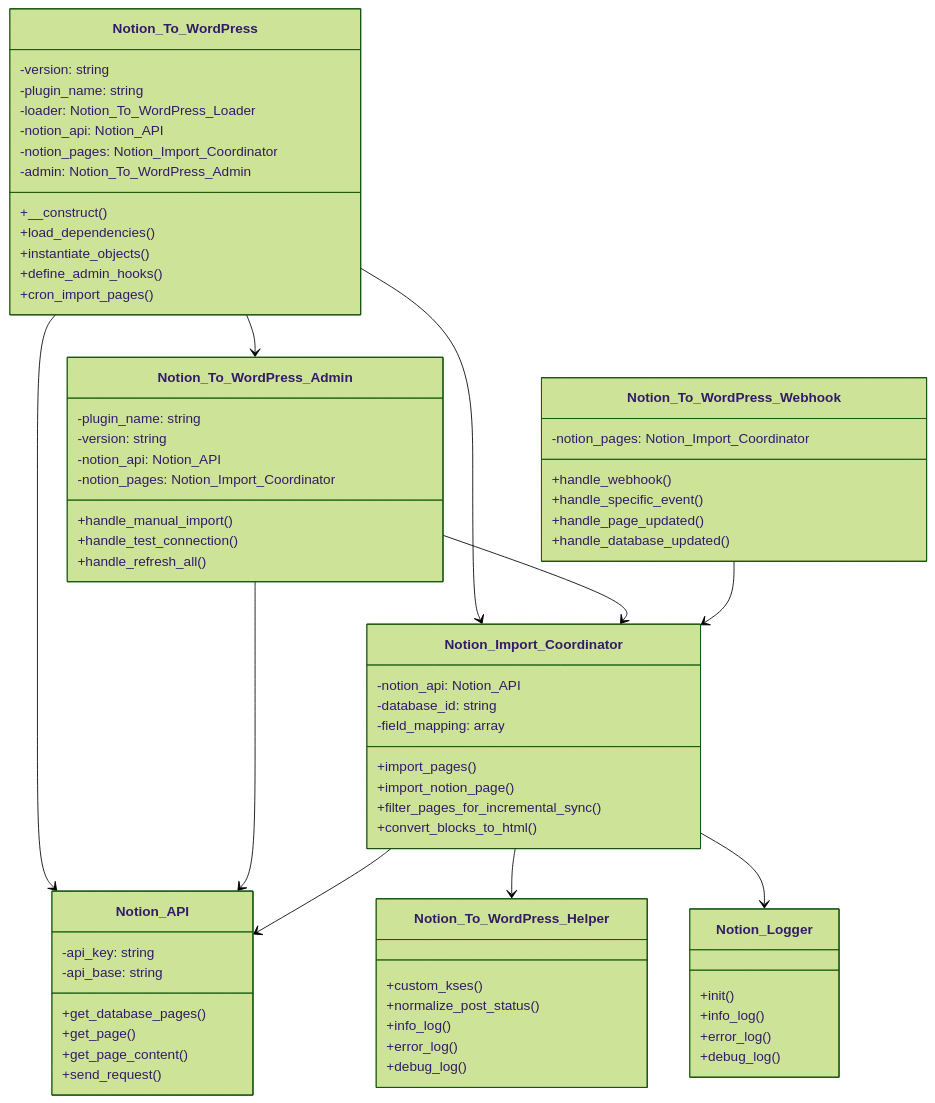
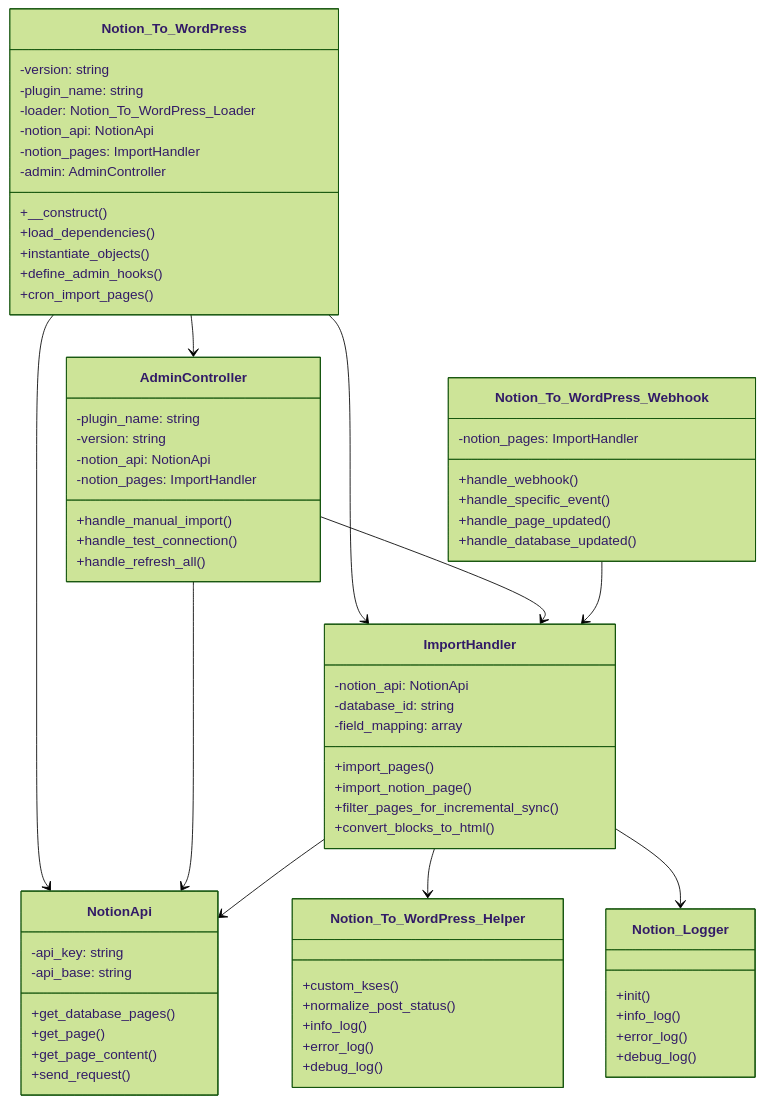
Before and after one commit to Frank-Loong/Notion-to-WordPress: the first of 4 diagrams in docs/DEVELOPER_GUIDE.md, drawn with Mermaid (forest theme). The commit also changed other lines of this file and 135 other files, not shown here.

````diff
--- a/docs/DEVELOPER_GUIDE.md
+++ b/docs/DEVELOPER_GUIDE.md
@@ -164,9 +166,9 @@
         -version: string
         -plugin_name: string
         -loader: Notion_To_WordPress_Loader
-        -notion_api: Notion_API
-        -notion_pages: Notion_Import_Coordinator
-        -admin: Notion_To_WordPress_Admin
+        -notion_api: NotionApi
+        -notion_pages: ImportHandler
+        -admin: AdminController
         +__construct()
         +load_dependencies()
         +instantiate_objects()
@@ -175,7 +177,7 @@
     }
 
     %% Services Layer
-    class Notion_API {
+    class NotionApi {
         -api_key: string
         -api_base: string
         +get_database_pages()
@@ -185,8 +187,8 @@
     }
 
     %% Handlers Layer
-    class Notion_Import_Coordinator {
-        -notion_api: Notion_API
+    class ImportHandler {
+        -notion_api: NotionApi
         -database_id: string
         -field_mapping: array
         +import_pages()
@@ -195,18 +197,18 @@
         +convert_blocks_to_html()
     }
 
-    class Notion_To_WordPress_Admin {
+    class AdminController {
         -plugin_name: string
         -version: string
-        -notion_api: Notion_API
-        -notion_pages: Notion_Import_Coordinator
+        -notion_api: NotionApi
+        -notion_pages: ImportHandler
         +handle_manual_import()
         +handle_test_connection()
         +handle_refresh_all()
     }
 
     class Notion_To_WordPress_Webhook {
-        -notion_pages: Notion_Import_Coordinator
+        -notion_pages: ImportHandler
         +handle_webhook()
         +handle_specific_event()
         +handle_page_updated()
@@ -231,13 +233,13 @@
     }
 
     %% Relationships
-    Notion_To_WordPress --> Notion_API
-    Notion_To_WordPress --> Notion_Import_Coordinator
-    Notion_To_WordPress --> Notion_To_WordPress_Admin
-    Notion_To_WordPress_Admin --> Notion_API
-    Notion_To_WordPress_Admin --> Notion_Import_Coordinator
-    Notion_Import_Coordinator --> Notion_API
-    Notion_To_WordPress_Webhook --> Notion_Import_Coordinator
-    Notion_Import_Coordinator --> Notion_To_WordPress_Helper
-    Notion_Import_Coordinator --> Notion_Logger
+    Notion_To_WordPress --> NotionApi
+    Notion_To_WordPress --> ImportHandler
+    Notion_To_WordPress --> AdminController
+    AdminController --> NotionApi
+    AdminController --> ImportHandler
+    ImportHandler --> NotionApi
+    Notion_To_WordPress_Webhook --> ImportHandler
+    ImportHandler --> Notion_To_WordPress_Helper
+    ImportHandler --> Notion_Logger
 ```
````
